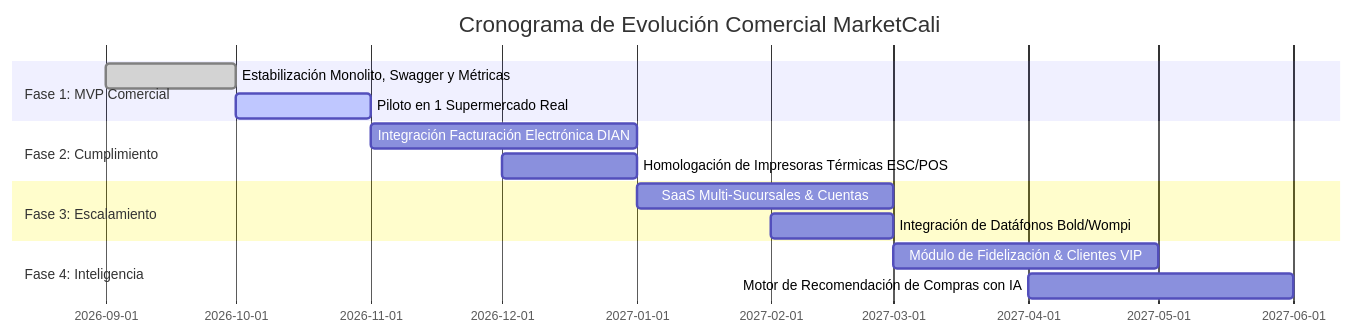
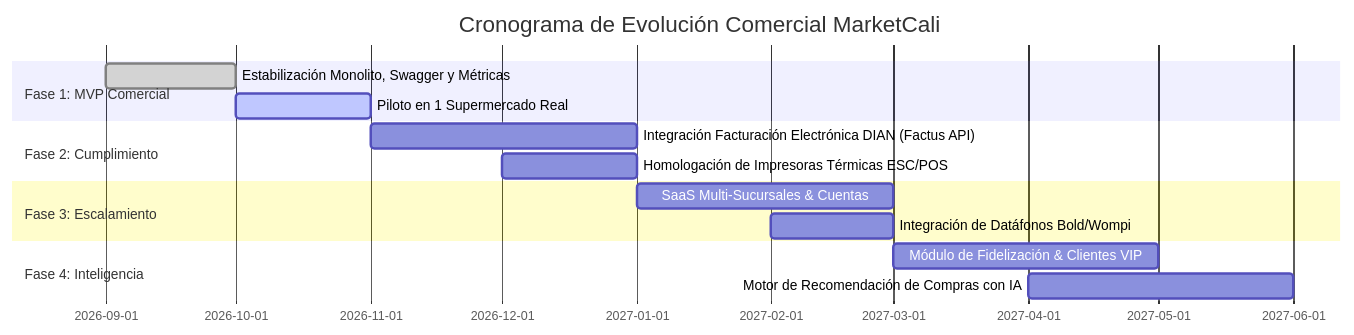
The third of 3 diagrams in docs/COMMERCIAL_ROADMAP.md (miguelortiz13/nexpos-backend), drawn with Mermaid before and after one commit. The commit also changed other lines of this file and 1 other file, not shown here.

Commit message:
docs: detail Factus API integration architecture in commercial roadmap and README

````diff
--- a/docs/COMMERCIAL_ROADMAP.md
+++ b/docs/COMMERCIAL_ROADMAP.md
@@ -109,17 +151,17 @@
 ```mermaid
 gantt
     title Cronograma de Evolución Comercial MarketCali
     dateFormat  YYYY-MM
     section Fase 1: MVP Comercial
     Estabilización Monolito, Swagger y Métricas :done, 2026-09, 2026-10
     Piloto en 1 Supermercado Real :active, 2026-10, 2026-11
     section Fase 2: Cumplimiento
-    Integración Facturación Electrónica DIAN : 2026-11, 2027-01
+    Integración Facturación Electrónica DIAN (Factus API) : 2026-11, 2027-01
     Homologación de Impresoras Térmicas ESC/POS : 2026-12, 2027-01
     section Fase 3: Escalamiento
     SaaS Multi-Sucursales & Cuentas : 2027-01, 2027-03
     Integración de Datáfonos Bold/Wompi : 2027-02, 2027-03
     section Fase 4: Inteligencia
     Módulo de Fidelización & Clientes VIP : 2027-03, 2027-05
     Motor de Recomendación de Compras con IA : 2027-04, 2027-06
 ```
````
